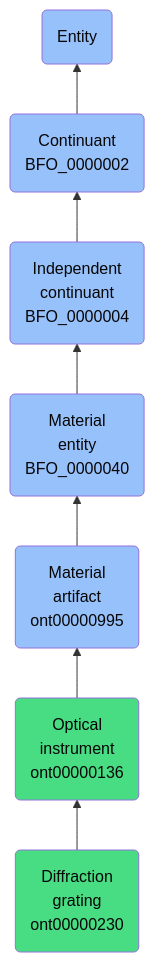
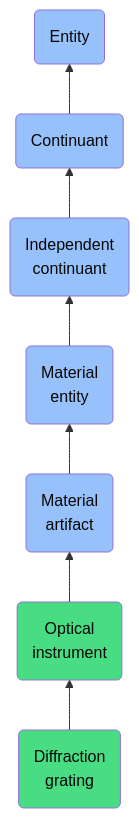
The diagram in docs/ontology/reference/model/Entity/Continuant/Independent continuant/Material entity/Material artifact/Optical instrument/Diffraction grating/Diffraction grating.md (jupyter-naas/abi), drawn with Mermaid before and after one commit. The commit also changed other lines of this file and 1430 other files, not shown here.

````diff
--- a/docs/ontology/reference/model/Entity/Continuant/Independent continuant/Material entity/Material artifact/Optical instrument/Diffraction grating/Diffraction grating.md
+++ b/docs/ontology/reference/model/Entity/Continuant/Independent continuant/Material entity/Material artifact/Optical instrument/Diffraction grating/Diffraction grating.md
@@ -24,14 +24,14 @@
 ```mermaid
 graph BT
-    ont00000230(Diffraction<br>grating<br>ont00000230):::ABI-->ont00000136
-    ont00000136(Optical<br>instrument<br>ont00000136):::ABI-->ont00000995
-    ont00000995(Material<br>artifact<br>ont00000995):::BFO-->BFO_0000040
-    BFO_0000040(Material<br>entity<br>BFO_0000040):::BFO-->BFO_0000004
-    BFO_0000004(Independent<br>continuant<br>BFO_0000004):::BFO-->BFO_0000002
-    BFO_0000002(Continuant<br>BFO_0000002):::BFO-->BFO_0000001
+    ont00000230(Diffraction<br>grating):::ABI-->ont00000136
+    ont00000136(Optical<br>instrument):::ABI-->ont00000995
+    ont00000995(Material<br>artifact):::BFO-->BFO_0000040
+    BFO_0000040(Material<br>entity):::BFO-->BFO_0000004
+    BFO_0000004(Independent<br>continuant):::BFO-->BFO_0000002
+    BFO_0000002(Continuant):::BFO-->BFO_0000001
     BFO_0000001(Entity):::BFO
     
     classDef BFO fill:#97c1fb,color:#060606
     classDef CCO fill:#e4c51e,color:#060606
     classDef ABI fill:#48DD82,color:#060606
 ```
````
